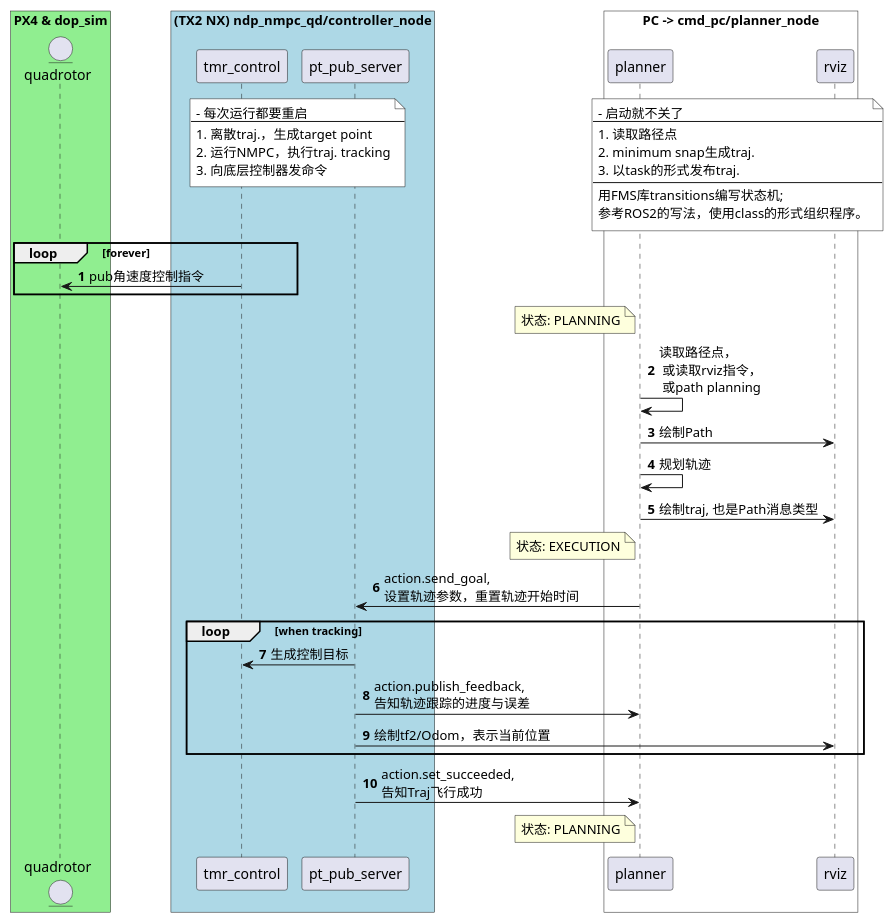
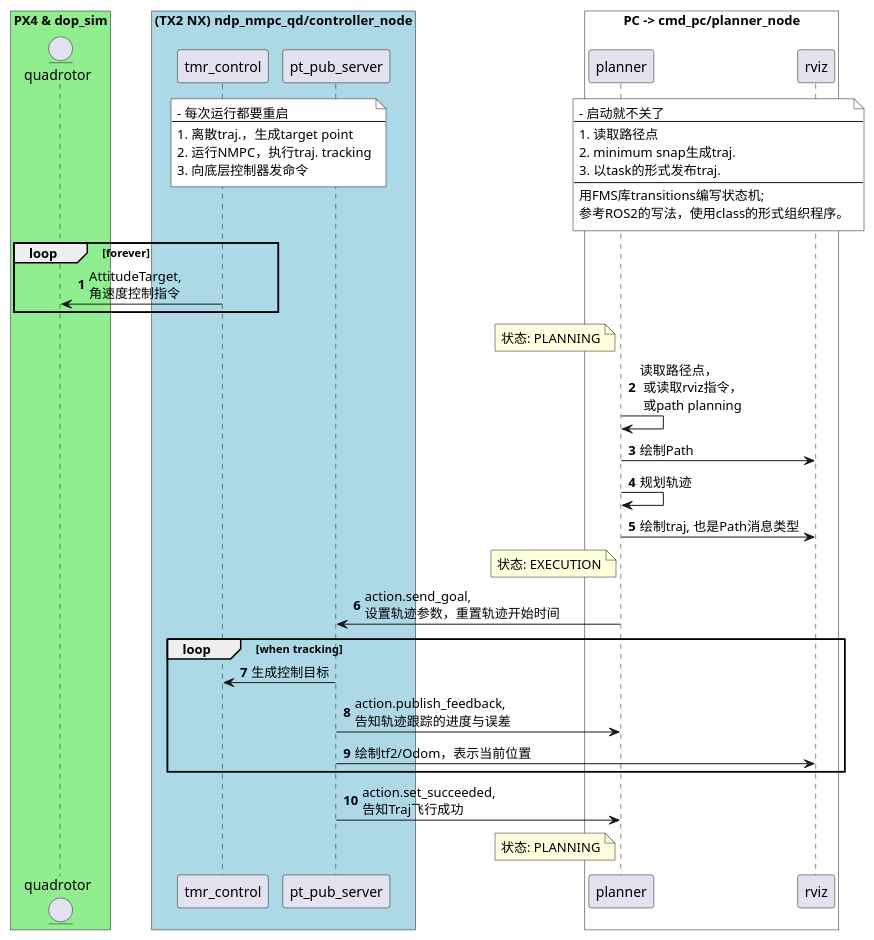
Before and after one commit to Li-Jinjie/cmd_pc: the diagram in UMLs/workflow.puml, drawn with PlantUML.

Commit message:
test plantUML action

```diff
--- a/UMLs/workflow.puml
+++ b/UMLs/workflow.puml
@@ -1,80 +1,80 @@
 @startuml
 'https://plantuml.com/sequence-diagram
 
 autonumber
 
 box "PX4 & dop_sim" #LightGreen
 entity quadrotor
 end box
 
 box "(TX2 NX)  ndp_nmpc_qd/controller_node" #LightBLUE
 participant tmr_control
 participant pt_pub_server
 end box
 
 note over tmr_control, pt_pub_server #white
 - 每次运行都要重启
 ---
 1. 离散traj.，生成target point
 2. 运行NMPC，执行traj. tracking
 3. 向底层控制器发命令
 end note
 
 /note over planner, rviz #white
 - 启动就不关了
 ---
 1. 读取路径点
 2. minimum snap生成traj.
 3. 以task的形式发布traj.
 ---
 用FMS库transitions编写状态机;
 参考ROS2的写法，使用class的形式组织程序。
 end note
 
 loop forever
-tmr_control -> quadrotor: pub角速度控制指令
+tmr_control -> quadrotor: AttitudeTarget, \n角速度控制指令
 end
 
 'note right of pt_publisher #aqua
 '需要从ROS里拿一个parameter
 '确定是选SE3还是NMPC
 'end note
 
 box "PC -> cmd_pc/planner_node" #White
 participant planner
 entity rviz
 end box
 
 note left planner
 状态: PLANNING
 end note
 planner -> planner: 读取路径点，\n 或读取rviz指令，\n 或path planning
 planner -> rviz: 绘制Path
 'path_planner -> traj_generator: self_defined.srv.FollowPath
 
 planner -> planner: 规划轨迹
 planner -> rviz: 绘制traj, 也是Path消息类型
 
 note left of planner
 状态: EXECUTION
 end note
 
 planner -> pt_pub_server: action.send_goal, \n设置轨迹参数，重置轨迹开始时间
 
 loop when tracking
     pt_pub_server -> tmr_control: 生成控制目标
     pt_pub_server -> planner: action.publish_feedback, \n告知轨迹跟踪的进度与误差
     pt_pub_server -> rviz: 绘制tf2/Odom，表示当前位置
 end
 
 pt_pub_server -> planner: action.set_succeeded, \n告知Traj飞行成功
 'planner -> planner: self_defined.srv.FollowPath, \n告知Path是否飞行成功
 
 note left of planner
 状态: PLANNING
 end note
 
 ' 状态： TAKEOFF, PLANNING, EXECUTION, LAND
 
 
 @enduml
```
